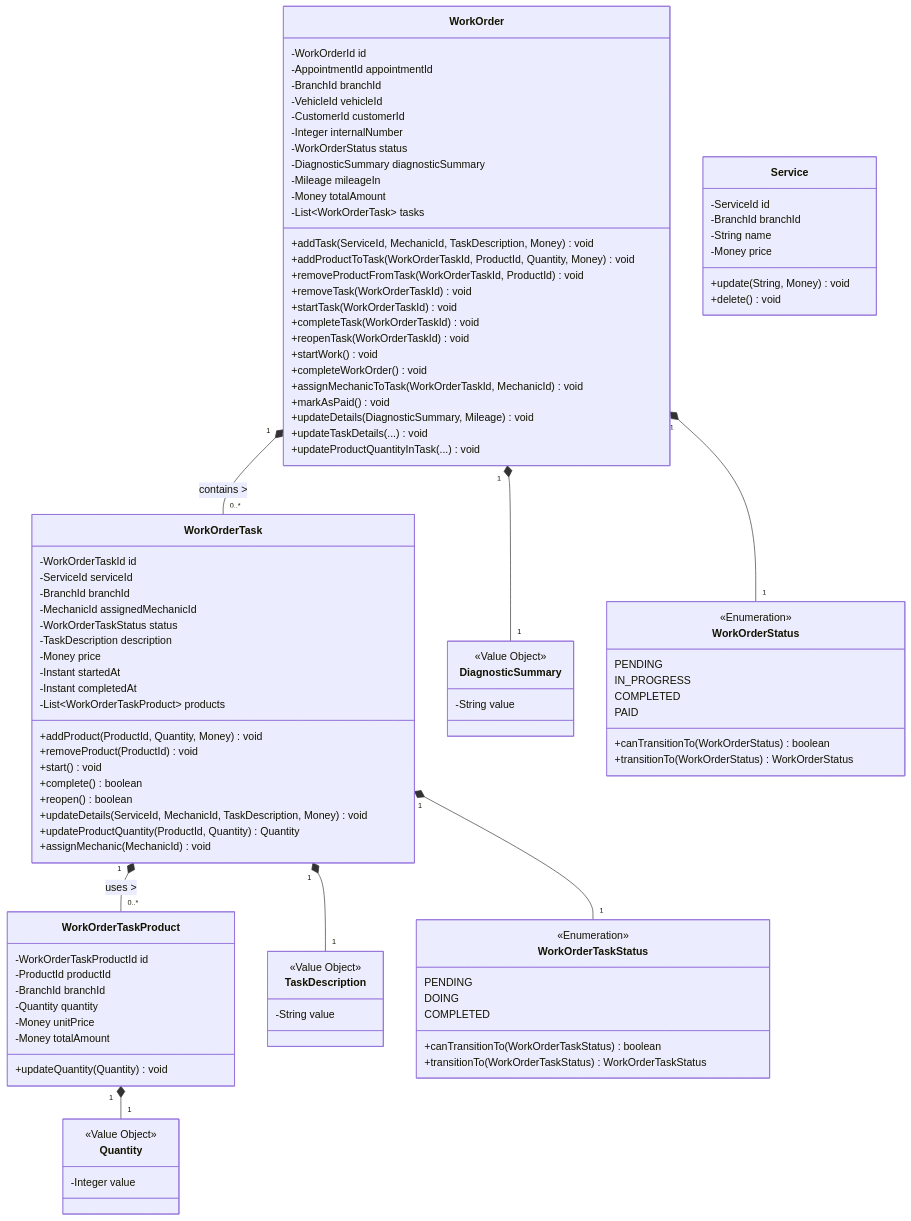
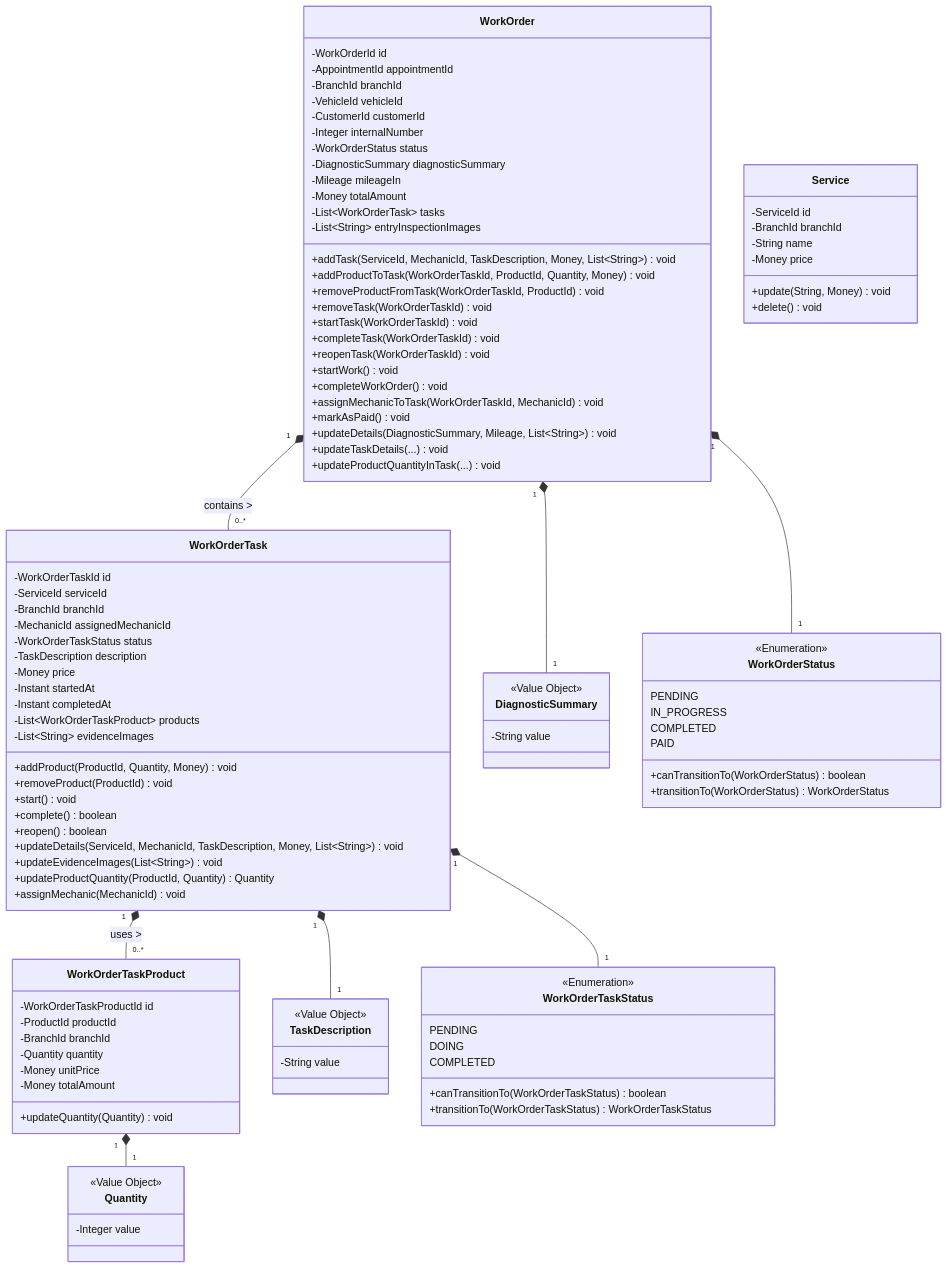
The first of 7 diagrams in docs/operations-bounded-context-dictionary.md (tux-logic/shiftiq-platform), drawn with Mermaid before and after one commit. The commit also changed 5 other files, not shown here.

```diff
--- a/docs/operations-bounded-context-dictionary.md
+++ b/docs/operations-bounded-context-dictionary.md
@@ -24,7 +24,8 @@
         -Mileage mileageIn
         -Money totalAmount
         -List~WorkOrderTask~ tasks
-        +addTask(ServiceId, MechanicId, TaskDescription, Money) void
+        -List~String~ entryInspectionImages
+        +addTask(ServiceId, MechanicId, TaskDescription, Money, List~String~) void
         +addProductToTask(WorkOrderTaskId, ProductId, Quantity, Money) void
         +removeProductFromTask(WorkOrderTaskId, ProductId) void
         +removeTask(WorkOrderTaskId) void
@@ -35,7 +36,7 @@
         +completeWorkOrder() void
         +assignMechanicToTask(WorkOrderTaskId, MechanicId) void
         +markAsPaid() void
-        +updateDetails(DiagnosticSummary, Mileage) void
+        +updateDetails(DiagnosticSummary, Mileage, List~String~) void
         +updateTaskDetails(...) void
         +updateProductQuantityInTask(...) void
     }
@@ -51,12 +52,14 @@
         -Instant startedAt
         -Instant completedAt
         -List~WorkOrderTaskProduct~ products
+        -List~String~ evidenceImages
         +addProduct(ProductId, Quantity, Money) void
         +removeProduct(ProductId) void
         +start() void
         +complete() boolean
         +reopen() boolean
-        +updateDetails(ServiceId, MechanicId, TaskDescription, Money) void
+        +updateDetails(ServiceId, MechanicId, TaskDescription, Money, List~String~) void
+        +updateEvidenceImages(List~String~) void
         +updateProductQuantity(ProductId, Quantity) Quantity
         +assignMechanic(MechanicId) void
     }
```
